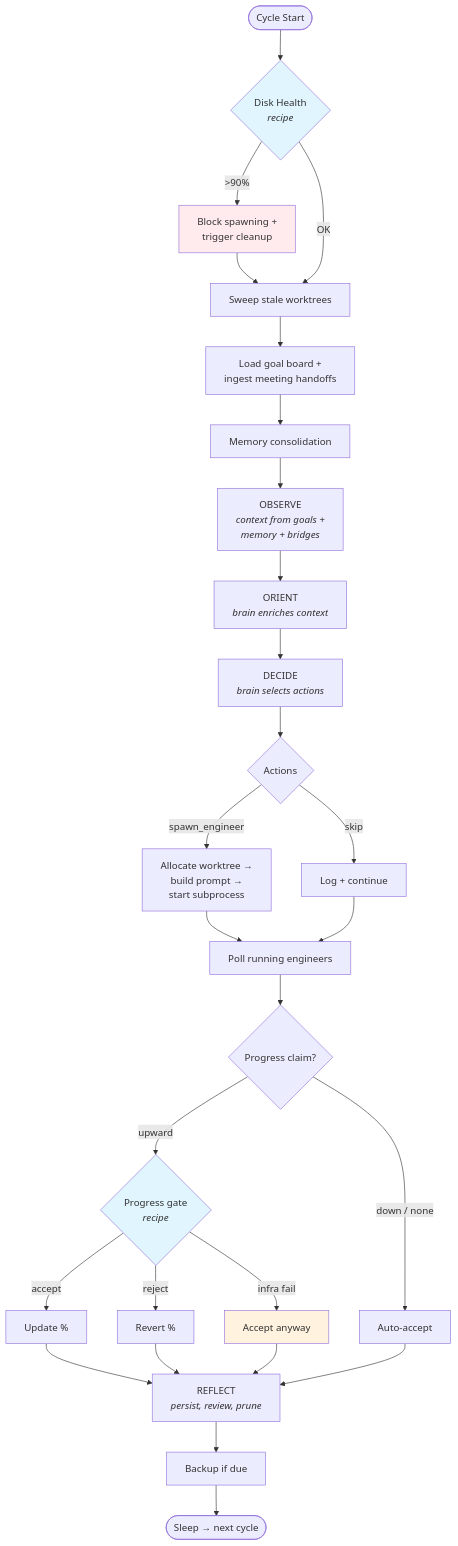
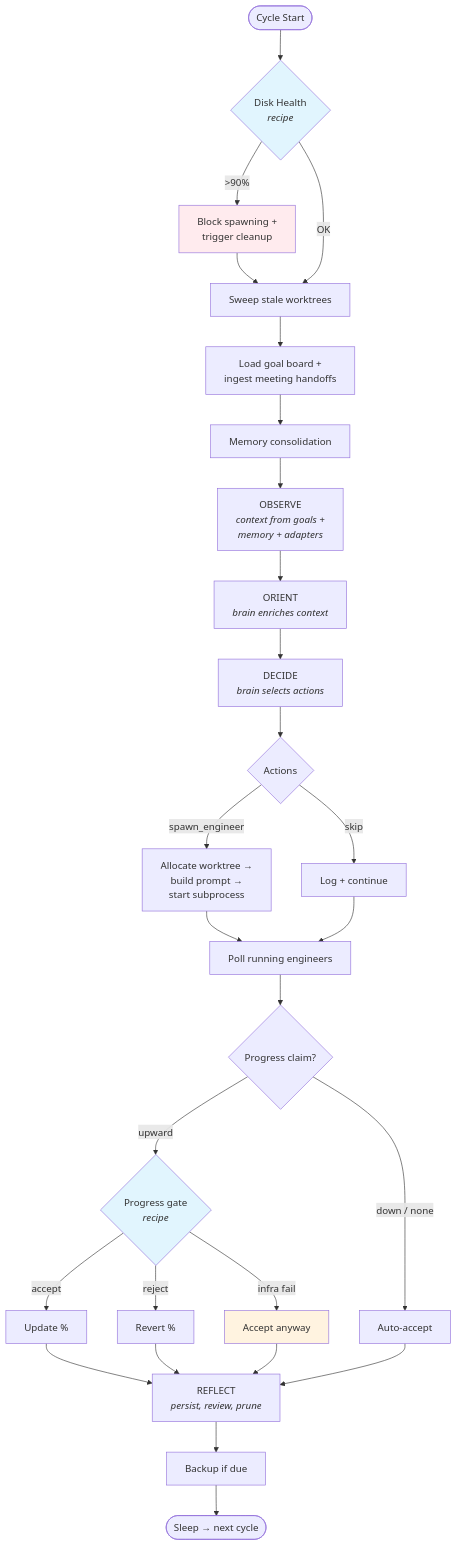
Before and after one commit to rysweet/Simard: the second of 3 diagrams in docs/architecture/system-architecture.md, drawn with Mermaid. The commit also changed other lines of this file and 433 other files, not shown here.

````diff
--- a/docs/architecture/system-architecture.md
+++ b/docs/architecture/system-architecture.md
@@ -89,36 +89,36 @@
 ```mermaid
 flowchart TD
     Start([Cycle Start]) --> Disk{Disk Health<br/><i>recipe</i>}
     Disk -->|">90%"| Block[Block spawning +<br/>trigger cleanup]
     Disk -->|"OK"| Sweep
 
     Block --> Sweep
     Sweep[Sweep stale worktrees] --> Load[Load goal board +<br/>ingest meeting handoffs]
     Load --> Mem[Memory consolidation]
-    Mem --> OBS[OBSERVE<br/><i>context from goals +<br/>memory + bridges</i>]
+    Mem --> OBS[OBSERVE<br/><i>context from goals +<br/>memory + adapters</i>]
     OBS --> ORI[ORIENT<br/><i>brain enriches context</i>]
     ORI --> DEC[DECIDE<br/><i>brain selects actions</i>]
     DEC --> ACT{Actions}
 
     ACT -->|"spawn_engineer"| Spawn[Allocate worktree →<br/>build prompt →<br/>start subprocess]
     ACT -->|"skip"| Skip[Log + continue]
 
     Spawn --> Poll
     Skip --> Poll
     Poll[Poll running engineers] --> Prog{Progress claim?}
 
     Prog -->|"upward"| Gate{Progress gate<br/><i>recipe</i>}
     Prog -->|"down / none"| Auto[Auto-accept]
     Gate -->|"accept"| Up[Update %]
     Gate -->|"reject"| Rev[Revert %]
     Gate -->|"infra fail"| Safe[Accept anyway]
 
     Up & Rev & Auto & Safe --> REF[REFLECT<br/><i>persist, review, prune</i>]
     REF --> Bak[Backup if due]
     Bak --> End([Sleep → next cycle])
 
     style Disk fill:#e1f5fe
     style Gate fill:#e1f5fe
     style Block fill:#ffebee
     style Safe fill:#fff3e0
 ```
````
